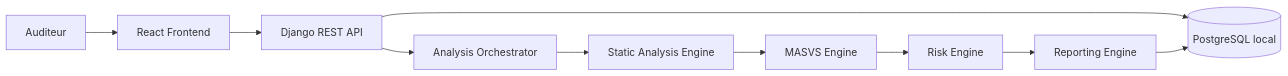
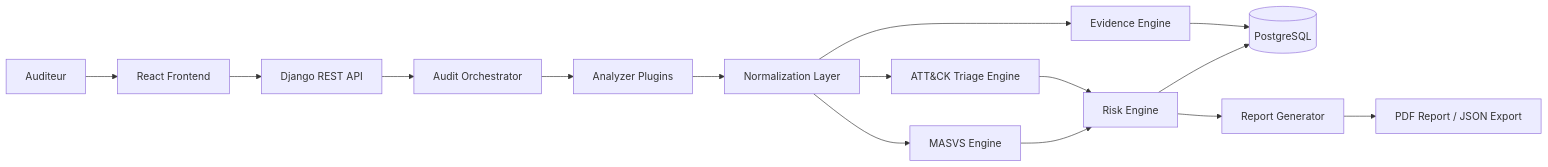
One commit to nine11-tech/MSAP changed the diagram in README.md. Above: the diagram before and after it, drawn with Mermaid. The commit also changed other lines of this file and 29 other files, not shown here.

Commit message:
Pivot MSAP to hybrid MASVS and ATT&CK Mobile triage

````diff
--- a/README.md
+++ b/README.md
@@ -43,12 +78,17 @@
 ```mermaid
 flowchart LR
-    User[Auditeur] --> Frontend[React Frontend]
+    Auditor[Auditeur] --> Frontend[React Frontend]
     Frontend --> API[Django REST API]
-    API --> Orchestrator[Analysis Orchestrator]
-    Orchestrator --> Static[Static Analysis Engine]
-    Static --> MASVS[MASVS Engine]
+    API --> Orchestrator[Audit Orchestrator]
+    Orchestrator --> Plugins[Analyzer Plugins]
+    Plugins --> Normalize[Normalization Layer]
+    Normalize --> MASVS[MASVS Engine]
+    Normalize --> ATTCK[ATT&CK Triage Engine]
     MASVS --> Risk[Risk Engine]
-    Risk --> Report[Reporting Engine]
-    API --> DB[(PostgreSQL local)]
-    Report --> DB
+    ATTCK --> Risk
+    Normalize --> Evidence[Evidence Engine]
+    Risk --> DB[(PostgreSQL)]
+    Evidence --> DB
+    Risk --> Report[Report Generator]
+    Report --> Exports[PDF Report / JSON Export]
 ```
````
